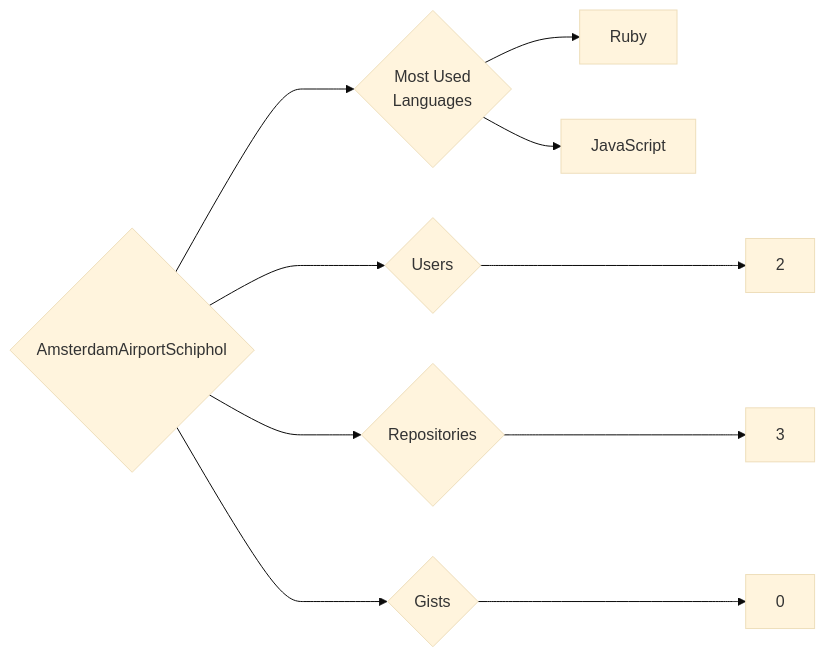
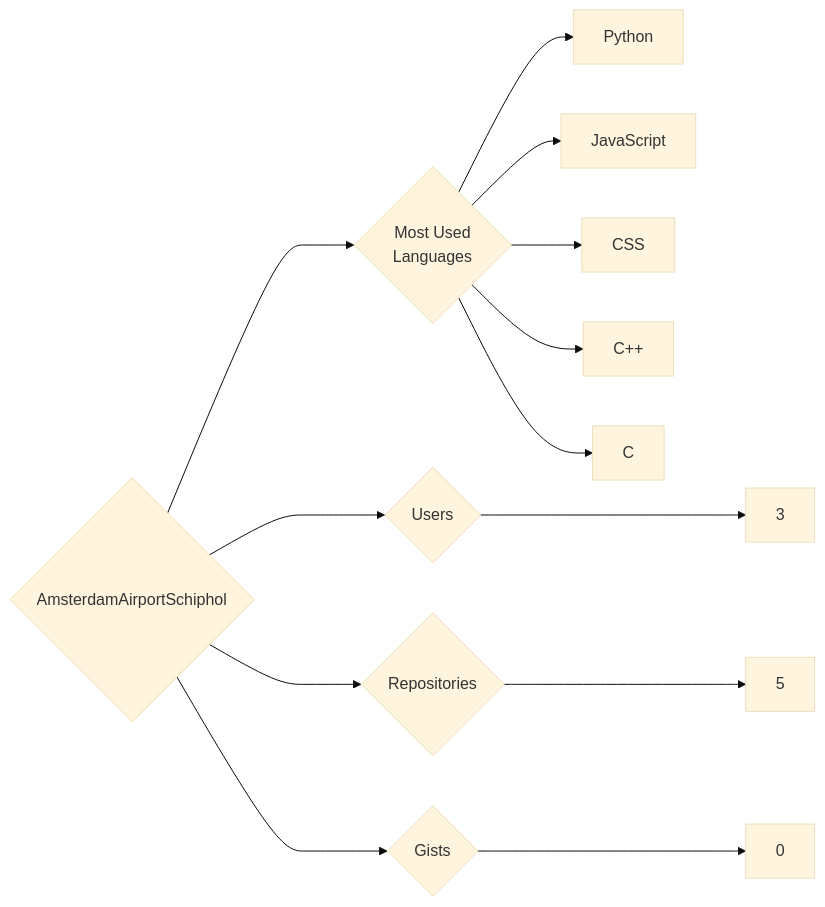
The diagram in targets/AmsterdamAirportSchiphol/README.md (trickest/insiders), drawn with Mermaid (base theme) before and after one commit. The commit also changed 873 other files, not shown here.

````diff
--- a/targets/AmsterdamAirportSchiphol/README.md
+++ b/targets/AmsterdamAirportSchiphol/README.md
@@ -3,10 +3,13 @@
 ```mermaid
 graph LR
 COMPANY_NAME{AmsterdamAirportSchiphol}
-COMPANY_NAME ---> U{Users} ---> UN[2]
-COMPANY_NAME ---> R{Repositories} ---> RN[3]
+COMPANY_NAME ---> U{Users} ---> UN[3]
+COMPANY_NAME ---> R{Repositories} ---> RN[5]
 COMPANY_NAME ---> G{Gists} ---> GN[0]
 COMPANY_NAME ---> ML{Most Used<br>Languages}
-ML --> Ruby[Ruby]
+ML --> Python[Python]
 ML --> JavaScript[JavaScript]
+ML --> CSS[CSS]
+ML --> C++[C++]
+ML --> C[C]
 ```
````
